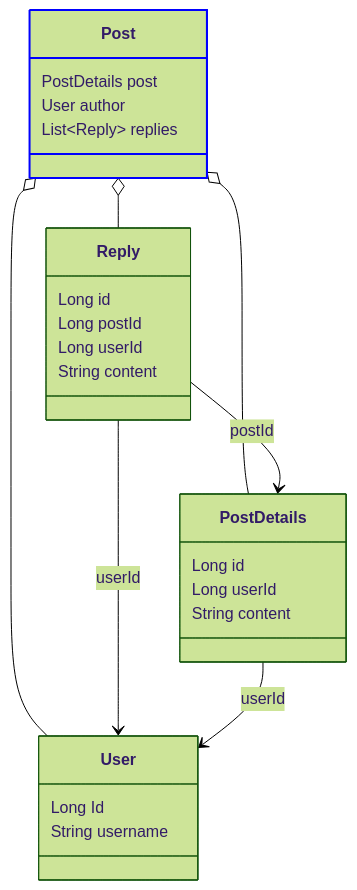
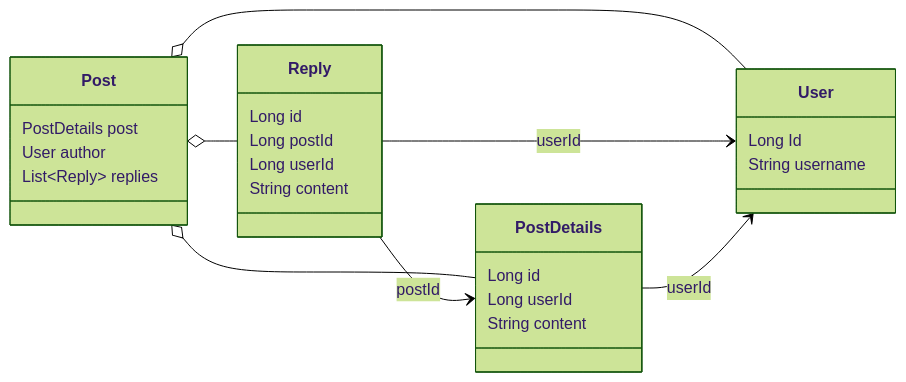
The second of 3 diagrams in README.md (pellse/assembler), drawn with Mermaid (forest theme) before and after one commit. The commit also changed other lines of this file, not shown here.

````diff
--- a/README.md
+++ b/README.md
@@ -149,35 +149,35 @@
 ```mermaid
 classDiagram
+    direction LR
+
     class PostDetails {
         Long id
         Long userId
         String content
     }
 
     class User {
         Long Id
         String username
     }
 
     class Reply {
         Long id
         Long postId
         Long userId
         String content
     }
 
     class Post {
         PostDetails post
         User author
         List~Reply~ replies
     }
 
     Post o-- PostDetails
     Post o-- User
     Post o-- Reply
     Reply --> PostDetails : postId
     Reply --> User : userId
     PostDetails --> User : userId
-
-    style Post stroke:#0000FF, stroke-width:2px
 ```
````
